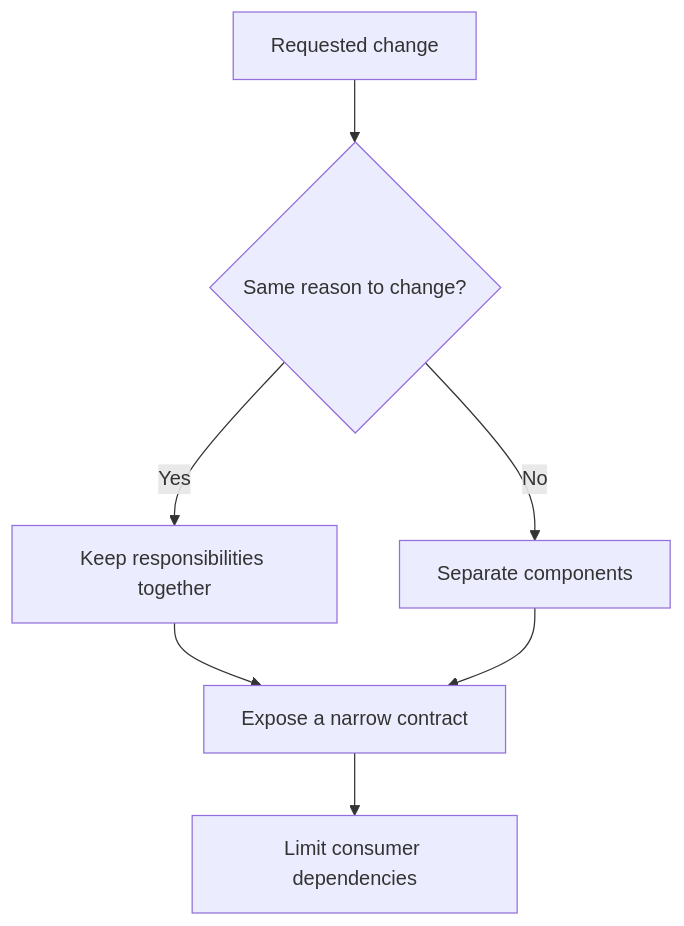
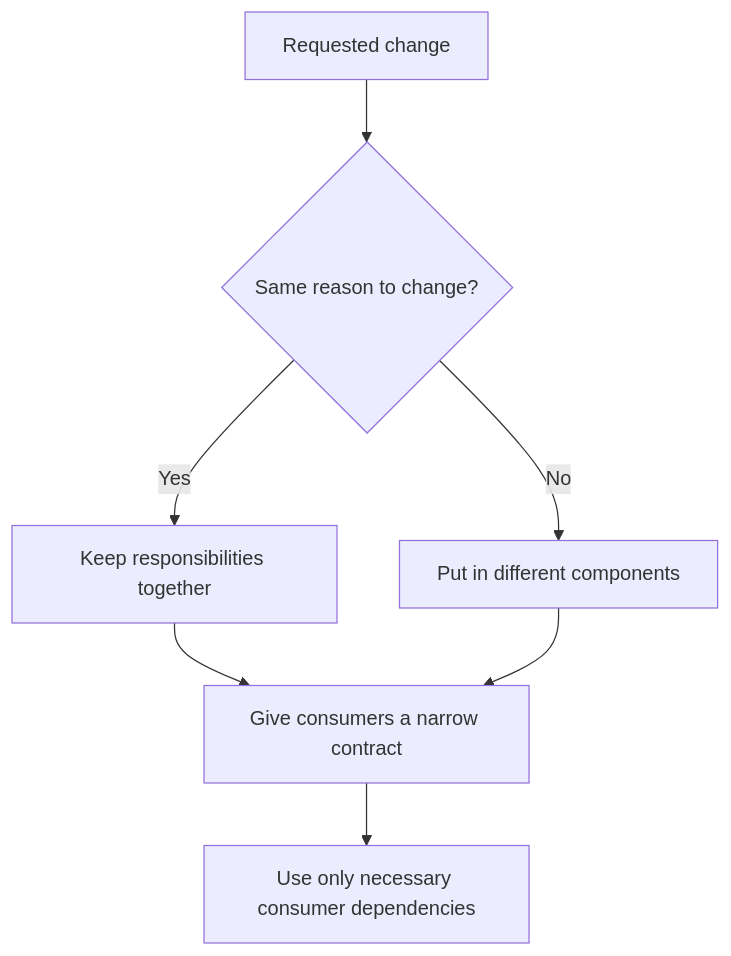
One commit to HomericIntelligence/Athena changed the diagram in docs/principles/details/p017-high-cohesion-low-coupling.md. Above: the diagram before and after it, drawn with Mermaid. The commit also changed other lines of this file and 91 other files, not shown here.

````diff
--- a/docs/principles/details/p017-high-cohesion-low-coupling.md
+++ b/docs/principles/details/p017-high-cohesion-low-coupling.md
@@ -34,9 +34,9 @@
 ```mermaid
 flowchart TD
     Change["Requested change"] --> Compare{"Same reason to change?"}
     Compare -->|Yes| Cohesive["Keep responsibilities together"]
-    Compare -->|No| Split["Separate components"]
-    Cohesive --> Contract["Expose a narrow contract"]
+    Compare -->|No| Split["Put in different components"]
+    Cohesive --> Contract["Give consumers a narrow contract"]
     Split --> Contract
-    Contract --> Consumer["Limit consumer dependencies"]
+    Contract --> Consumer["Use only necessary consumer dependencies"]
 ```
````
